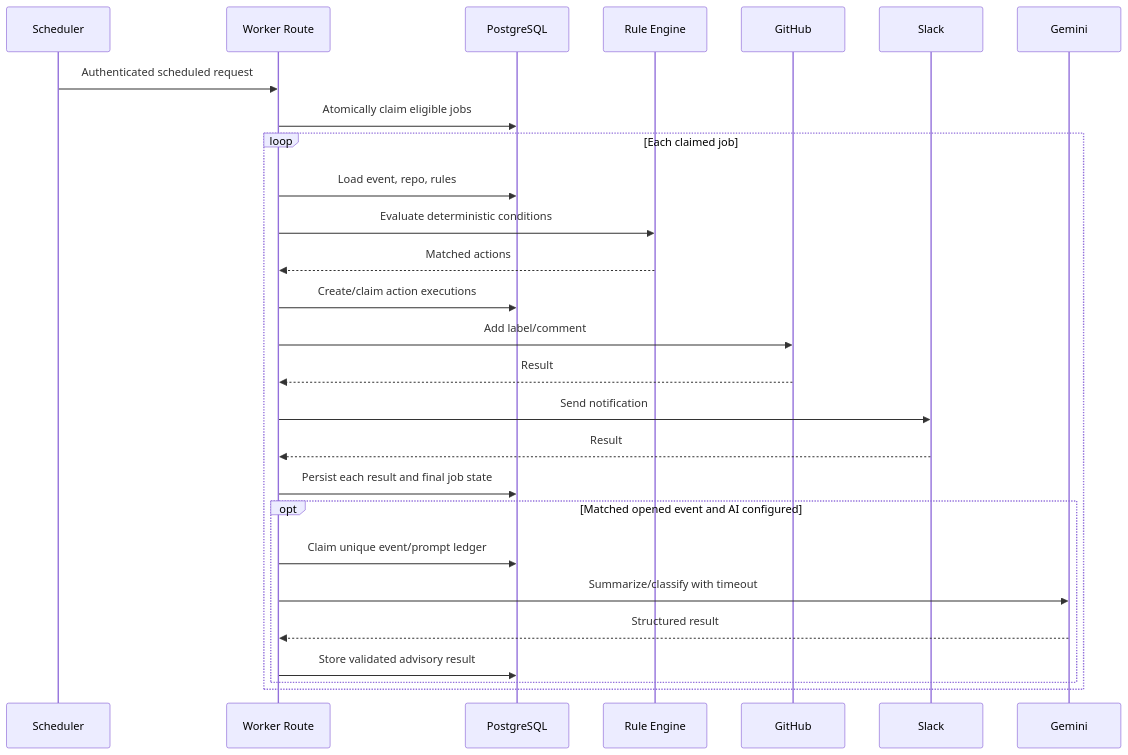
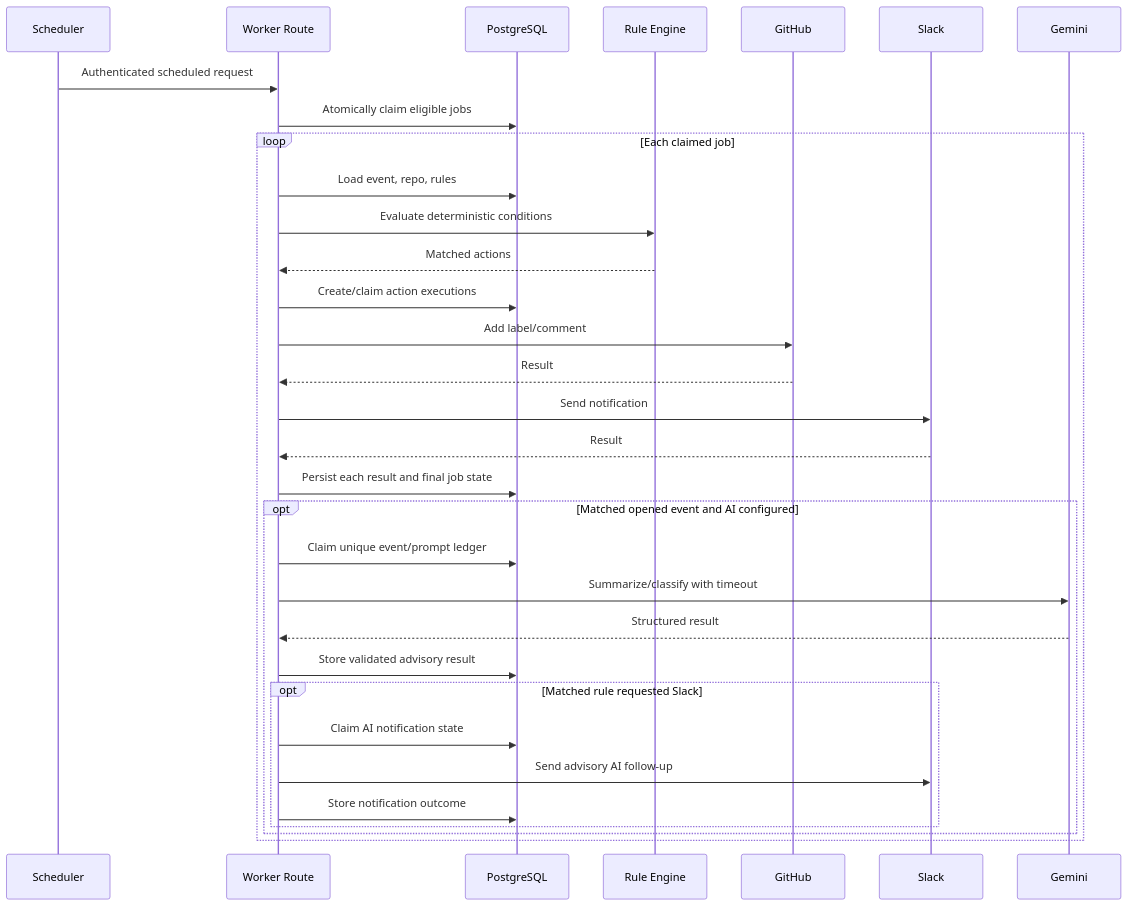
The fourth of 4 diagrams in docs/ARCHITECTURE.md (SoniSanskar1/github_automation_bot), drawn with Mermaid before and after one commit. The commit also changed other lines of this file and 8 other files, not shown here.

````diff
--- a/docs/ARCHITECTURE.md
+++ b/docs/ARCHITECTURE.md
@@ -155,30 +155,35 @@
 ```mermaid
 sequenceDiagram
     participant Scheduler
     participant Worker as Worker Route
     participant DB as PostgreSQL
     participant Rules as Rule Engine
     participant GitHub
     participant Slack
     participant AI as Gemini
 
     Scheduler->>Worker: Authenticated scheduled request
     Worker->>DB: Atomically claim eligible jobs
     loop Each claimed job
         Worker->>DB: Load event, repo, rules
         Worker->>Rules: Evaluate deterministic conditions
         Rules-->>Worker: Matched actions
         Worker->>DB: Create/claim action executions
         Worker->>GitHub: Add label/comment
         GitHub-->>Worker: Result
         Worker->>Slack: Send notification
         Slack-->>Worker: Result
         Worker->>DB: Persist each result and final job state
         opt Matched opened event and AI configured
             Worker->>DB: Claim unique event/prompt ledger
             Worker->>AI: Summarize/classify with timeout
             AI-->>Worker: Structured result
             Worker->>DB: Store validated advisory result
+            opt Matched rule requested Slack
+                Worker->>DB: Claim AI notification state
+                Worker->>Slack: Send advisory AI follow-up
+                Worker->>DB: Store notification outcome
+            end
         end
     end
 ```
````
